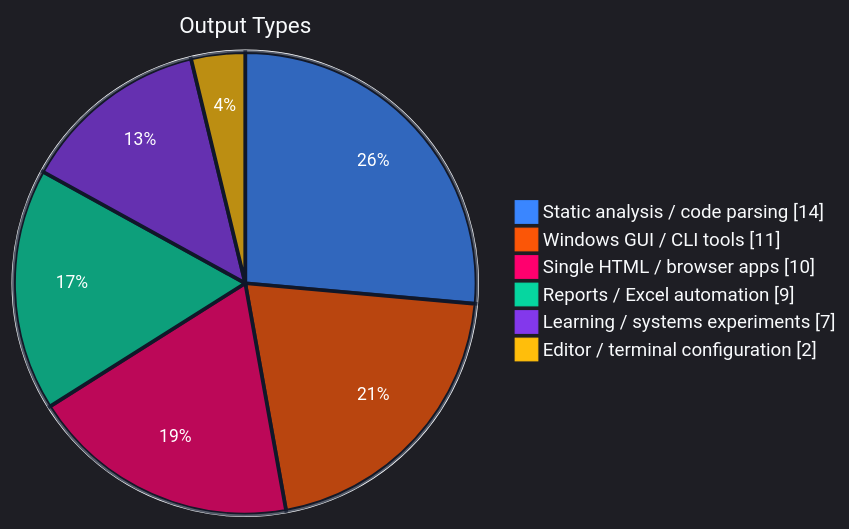
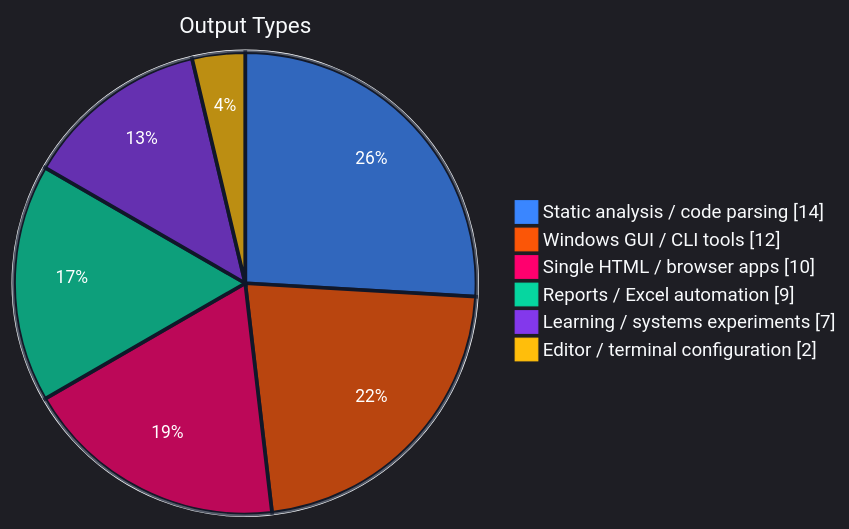
The second of 4 diagrams in README.md (SSsan-00/SSsan-00), drawn with Mermaid before and after one commit. The commit also changed other lines of this file and 2 other files, not shown here.

````diff
--- a/README.md
+++ b/README.md
@@ -56,11 +56,11 @@
 ```mermaid
 %%{init: {"theme":"dark","themeVariables":{"background":"#0f172a","mainBkg":"#0f172a","textColor":"#f8fafc","primaryTextColor":"#f8fafc","pieStrokeColor":"#0f172a","pieStrokeWidth":"3px","pieOuterStrokeColor":"#f8fafc","pieOuterStrokeWidth":"2px","pieTitleTextColor":"#f8fafc","pieTitleTextSize":"18px","pieLegendTextColor":"#f8fafc","pieLegendTextSize":"15px","pieSectionTextColor":"#ffffff","pieSectionTextSize":"14px","pie1":"#3a86ff","pie2":"#fb5607","pie3":"#ff006e","pie4":"#06d6a0","pie5":"#8338ec","pie6":"#ffbe0b"}}}%%
 pie showData
   title Output Types
   "Static analysis / code parsing" : 14
-  "Windows GUI / CLI tools" : 11
+  "Windows GUI / CLI tools" : 12
   "Single HTML / browser apps" : 10
   "Reports / Excel automation" : 9
   "Learning / systems experiments" : 7
   "Editor / terminal configuration" : 2
 ```
````
